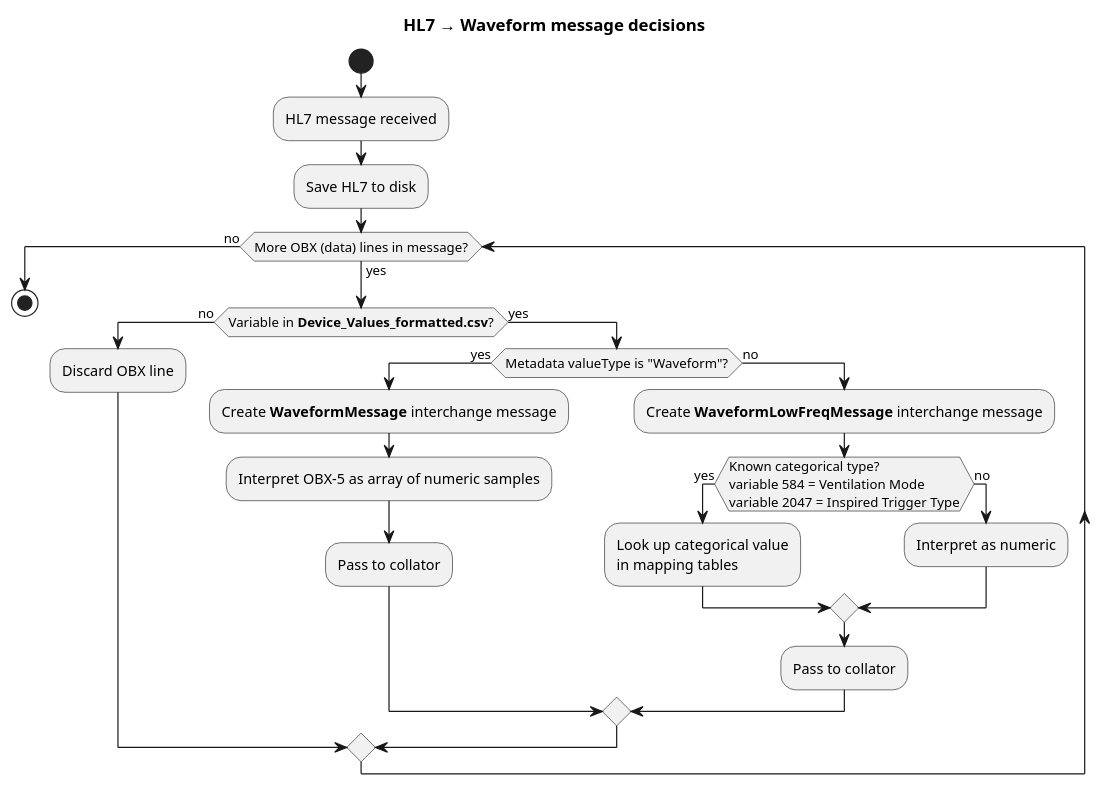
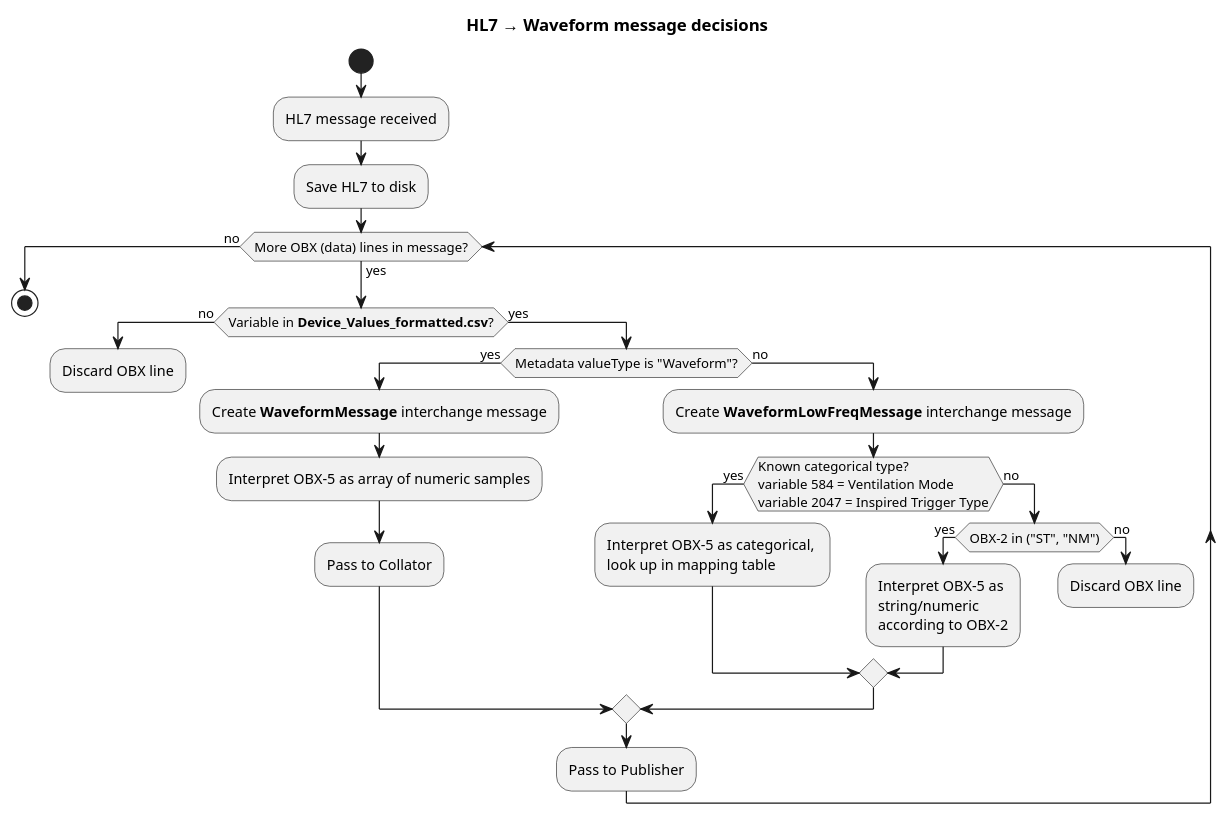
Before and after one commit to SAFEHR-data/emap: the diagram in docs/technical_overview/waveforms/data_flow.puml, drawn with PlantUML.

Commit message:
Add type check to flowchart

```diff
--- a/docs/technical_overview/waveforms/data_flow.puml
+++ b/docs/technical_overview/waveforms/data_flow.puml
@@ -1,32 +1,38 @@
 @startuml
 title "HL7 → Waveform message decisions"
 
 start
 
 :HL7 message received;
 
 :Save HL7 to disk;
 
 while (More OBX (data) lines in message?) is (yes)
   if (Variable in **Device_Values_formatted.csv**?) then (no)
     :Discard OBX line;
+    detach
   else (yes)
     if (Metadata valueType is "Waveform"?) then (yes)
       :Create **WaveformMessage** interchange message;
       :Interpret OBX-5 as array of numeric samples;
-      :Pass to collator;
+      :Pass to Collator;
     else (no)
       :Create **WaveformLowFreqMessage** interchange message;
       if (Known categorical type?\nvariable 584 = Ventilation Mode\nvariable 2047 = Inspired Trigger Type) then (yes)
-        :Look up categorical value\nin mapping tables;
+        :Interpret OBX-5 as categorical, \nlook up in mapping table;
       else (no)
-        :Interpret as numeric;
+        if (OBX-2 in ("ST", "NM")) then (yes)
+          :Interpret OBX-5 as\nstring/numeric\naccording to OBX-2;
+        else (no)
+          :Discard OBX line;
+          detach
+        endif
       endif
-      :Pass to collator;
     endif
+    :Pass to Publisher;
   endif
 endwhile (no)
 
 stop
 
 @enduml
```
